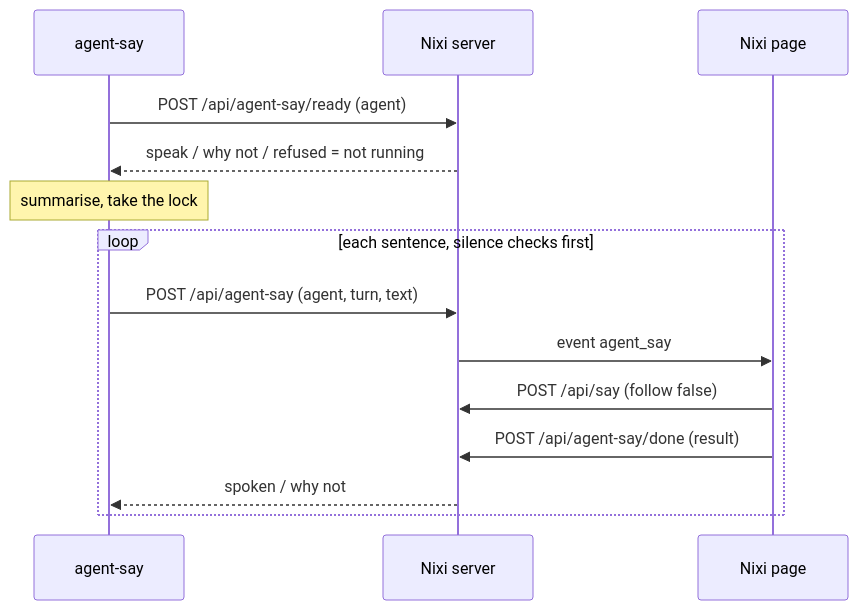
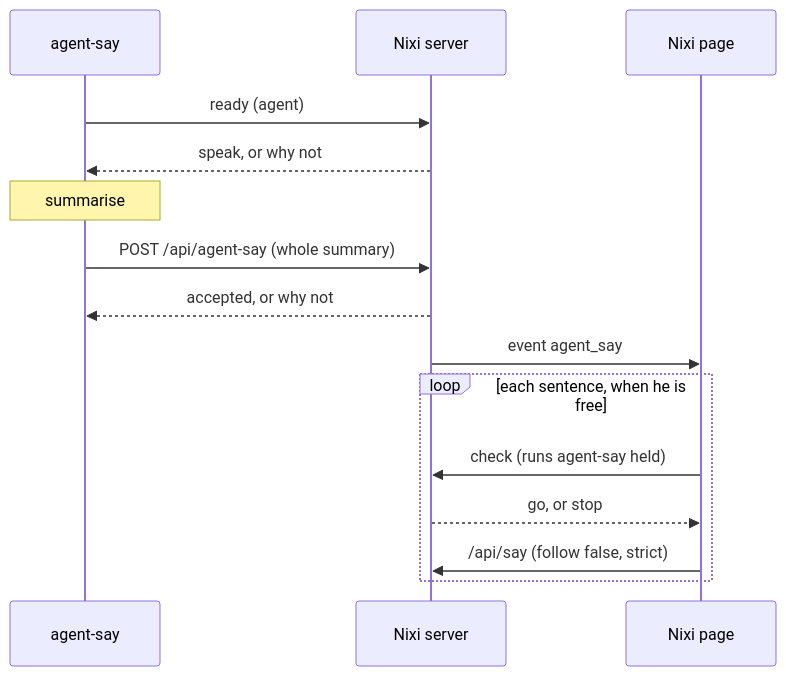
The diagram in spec/2026-11-04-191-agent-voice.md (olafkfreund/nixi-nixarchy), drawn with Mermaid before and after one commit. The commit also changed other lines of this file, not shown here.

First line of the commit message:
docs(spec): hand over whole summaries, strict voice, after Codex and agy review (#191)

````diff
--- a/spec/2026-11-04-191-agent-voice.md
+++ b/spec/2026-11-04-191-agent-voice.md
@@ -16,16 +16,17 @@
 ```mermaid
 sequenceDiagram
   participant A as agent-say
   participant S as Nixi server
   participant P as Nixi page
-  A->>S: POST /api/agent-say/ready (agent)
-  S-->>A: speak / why not / refused = not running
-  Note over A: summarise, take the lock
-  loop each sentence, silence checks first
-    A->>S: POST /api/agent-say (agent, turn, text)
-    S->>P: event agent_say
-    P->>S: POST /api/say (follow false)
-    P->>S: POST /api/agent-say/done (result)
-    S-->>A: spoken / why not
+  A->>S: ready (agent)
+  S-->>A: speak, or why not
+  Note over A: summarise
+  A->>S: POST /api/agent-say (whole summary)
+  S-->>A: accepted, or why not
+  S->>P: event agent_say
+  loop each sentence, when he is free
+    P->>S: check (runs agent-say held)
+    S-->>P: go, or stop
+    P->>S: /api/say (follow false, strict)
   end
 ```
````
